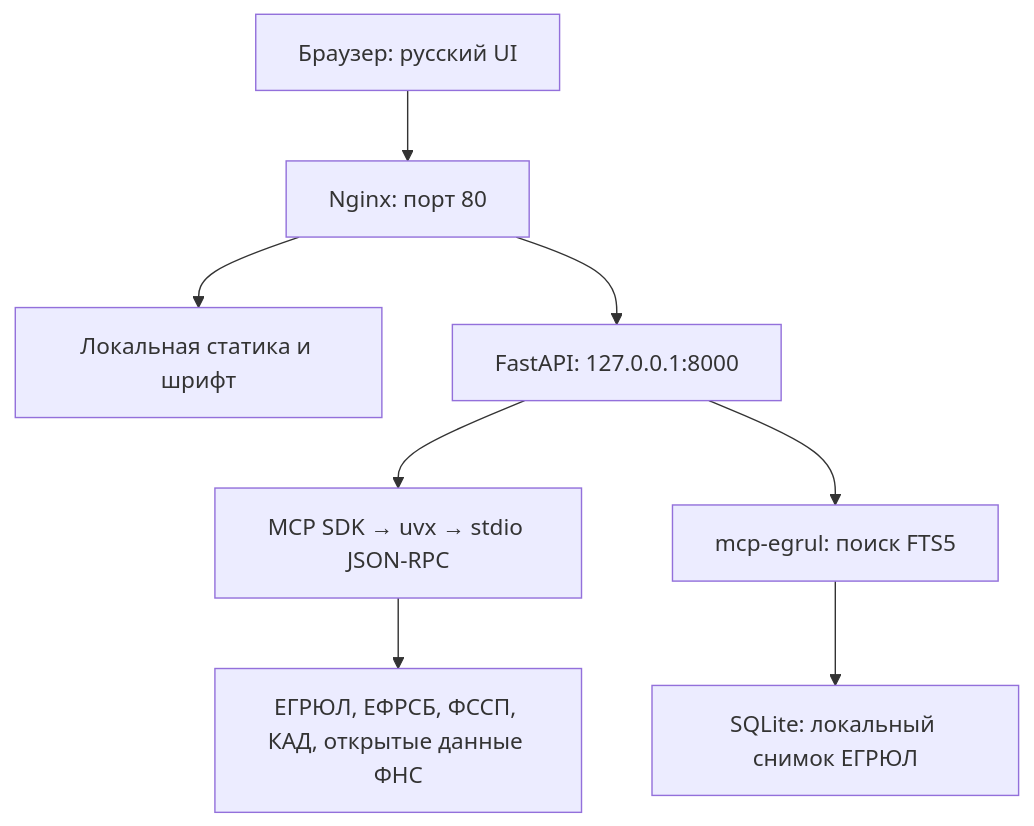
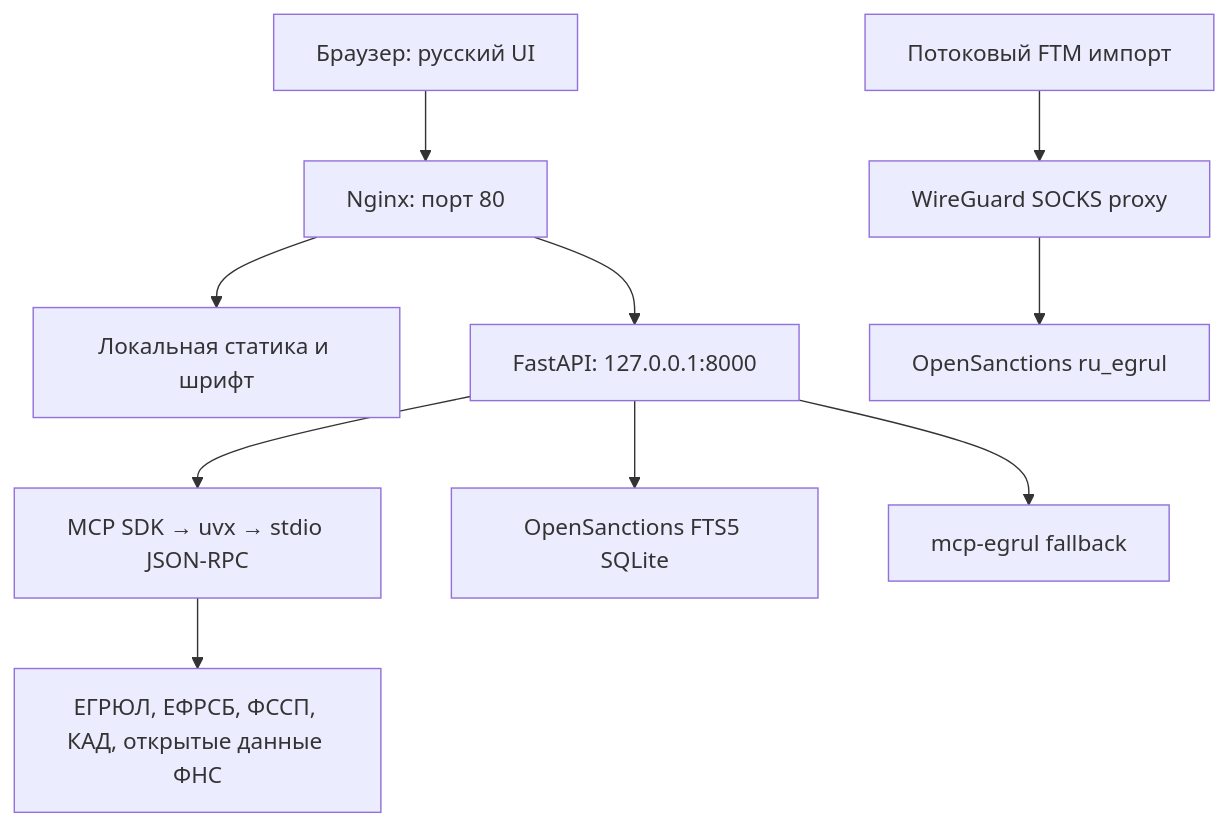
Before and after one commit to DgekStr/FNSRUS: the diagram in README.md, drawn with Mermaid. The commit also changed other lines of this file and 18 other files, not shown here.

Commit message:
Добавить потоковый OpenSanctions импорт и WG toggle

````diff
--- a/README.md
+++ b/README.md
@@ -40,10 +41,12 @@
 ```mermaid
 flowchart TD
     browser["Браузер: русский UI"] --> nginx["Nginx: порт 80"]
     nginx --> static["Локальная статика и шрифт"]
     nginx --> api["FastAPI: 127.0.0.1:8000"]
     api --> mcp["MCP SDK → uvx → stdio JSON-RPC"]
     mcp --> source["ЕГРЮЛ, ЕФРСБ, ФССП, КАД, открытые данные ФНС"]
-  api --> egrul["mcp-egrul: поиск FTS5"]
-  egrul --> registry["SQLite: локальный снимок ЕГРЮЛ"]
+    api --> registry["OpenSanctions FTS5 SQLite"]
+    api --> egrul["mcp-egrul fallback"]
+    importer["Потоковый FTM импорт"] --> wg["WireGuard SOCKS proxy"]
+    wg --> opensanctions["OpenSanctions ru_egrul"]
 ```
````
